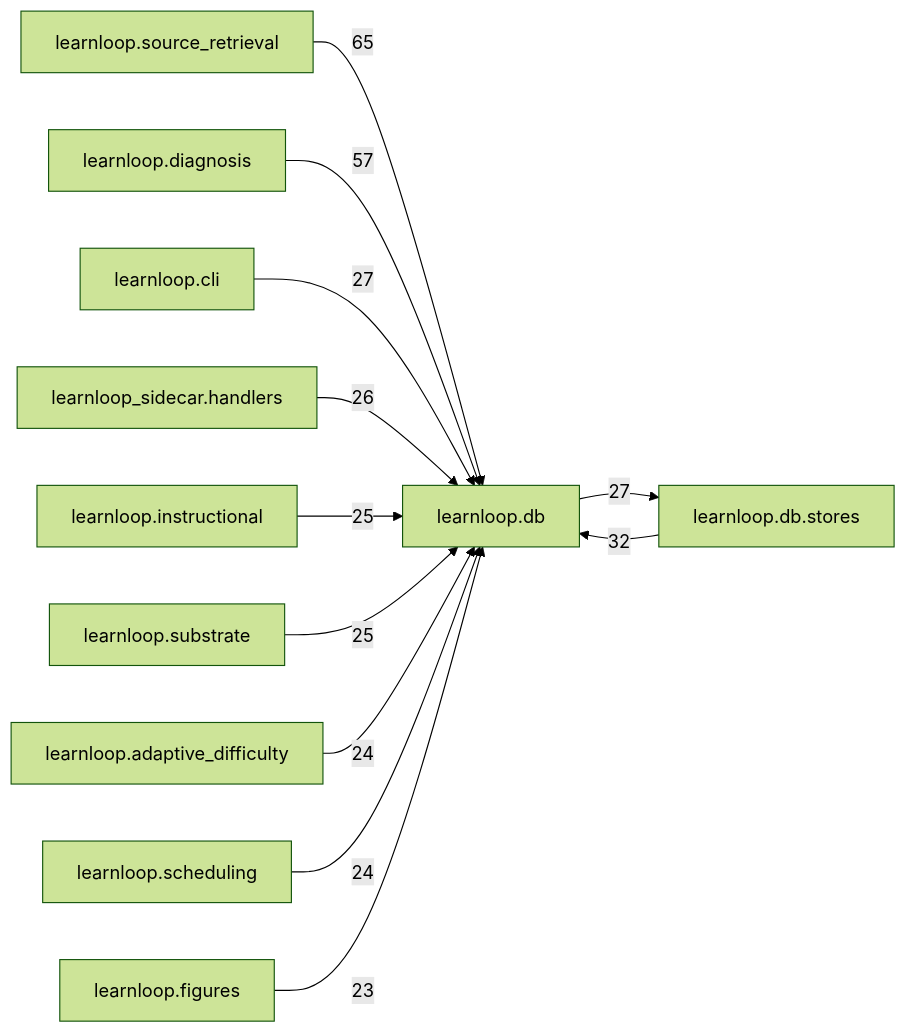
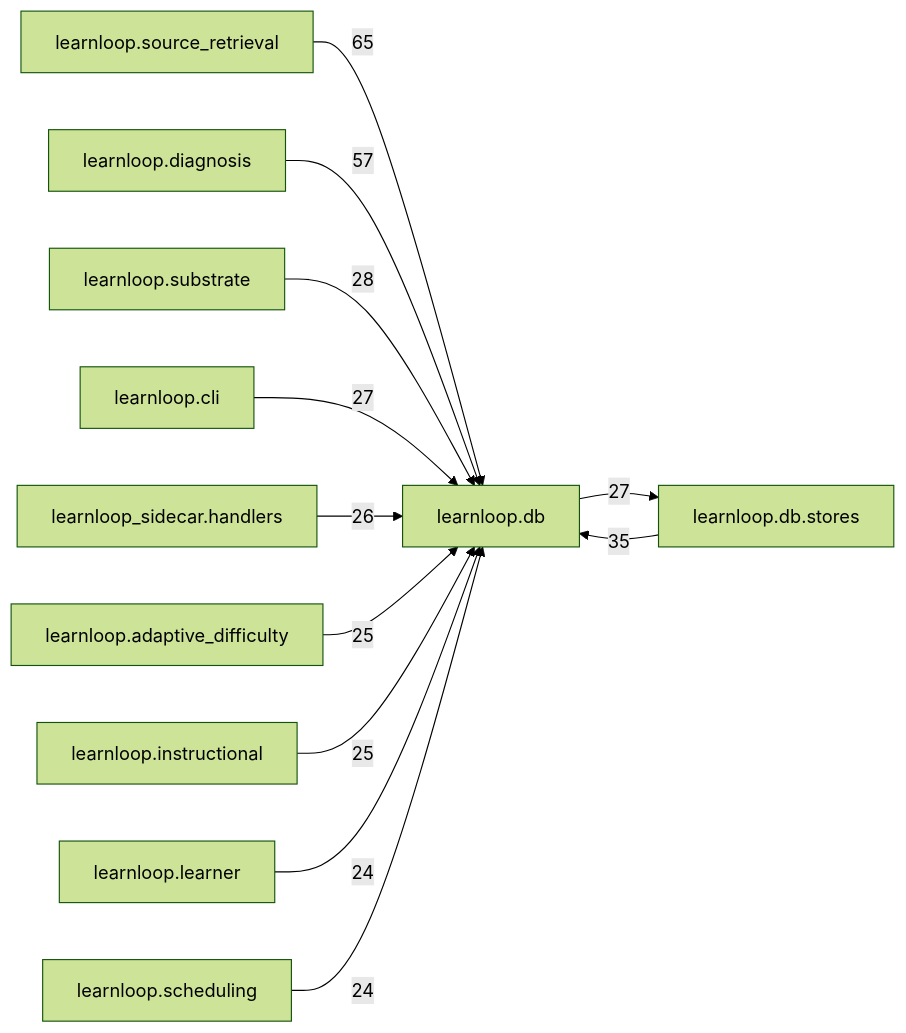
One commit to 6up-b/learnanything changed the diagram in docs/learnloop-architecture-vault/Reference/Modules/learnloop/db/_package.md. Above: the diagram before and after it, drawn with Mermaid (forest theme). The commit also changed other lines of this file and 49 other files, not shown here.

````diff
--- a/docs/learnloop-architecture-vault/Reference/Modules/learnloop/db/_package.md
+++ b/docs/learnloop-architecture-vault/Reference/Modules/learnloop/db/_package.md
@@ -147,25 +149,25 @@
 ```mermaid
 flowchart LR
     center["learnloop.db"]
     n_learnloop_source_retrieval["learnloop.source_retrieval"]
     n_learnloop_db_stores["learnloop.db.stores"]
     n_learnloop_diagnosis["learnloop.diagnosis"]
+    n_learnloop_substrate["learnloop.substrate"]
     n_learnloop_cli["learnloop.cli"]
     n_learnloop_sidecar_handlers["learnloop_sidecar.handlers"]
+    n_learnloop_adaptive_difficulty["learnloop.adaptive_difficulty"]
     n_learnloop_instructional["learnloop.instructional"]
-    n_learnloop_substrate["learnloop.substrate"]
-    n_learnloop_adaptive_difficulty["learnloop.adaptive_difficulty"]
+    n_learnloop_learner["learnloop.learner"]
     n_learnloop_scheduling["learnloop.scheduling"]
-    n_learnloop_figures["learnloop.figures"]
     n_learnloop_source_retrieval -->|65| center
-    n_learnloop_db_stores -->|32| center
+    n_learnloop_db_stores -->|35| center
     center -->|27| n_learnloop_db_stores
     n_learnloop_diagnosis -->|57| center
+    n_learnloop_substrate -->|28| center
     n_learnloop_cli -->|27| center
     n_learnloop_sidecar_handlers -->|26| center
+    n_learnloop_adaptive_difficulty -->|25| center
     n_learnloop_instructional -->|25| center
-    n_learnloop_substrate -->|25| center
-    n_learnloop_adaptive_difficulty -->|24| center
+    n_learnloop_learner -->|24| center
     n_learnloop_scheduling -->|24| center
-    n_learnloop_figures -->|23| center
 ```
````
